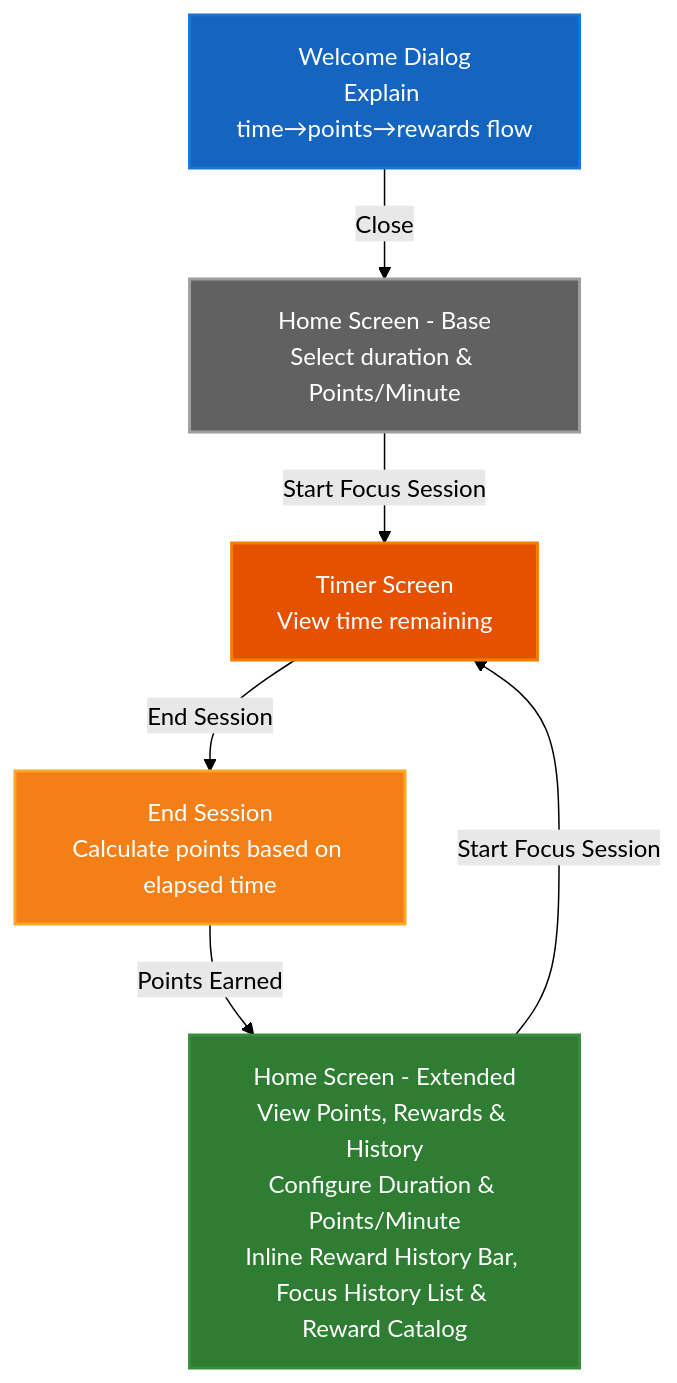
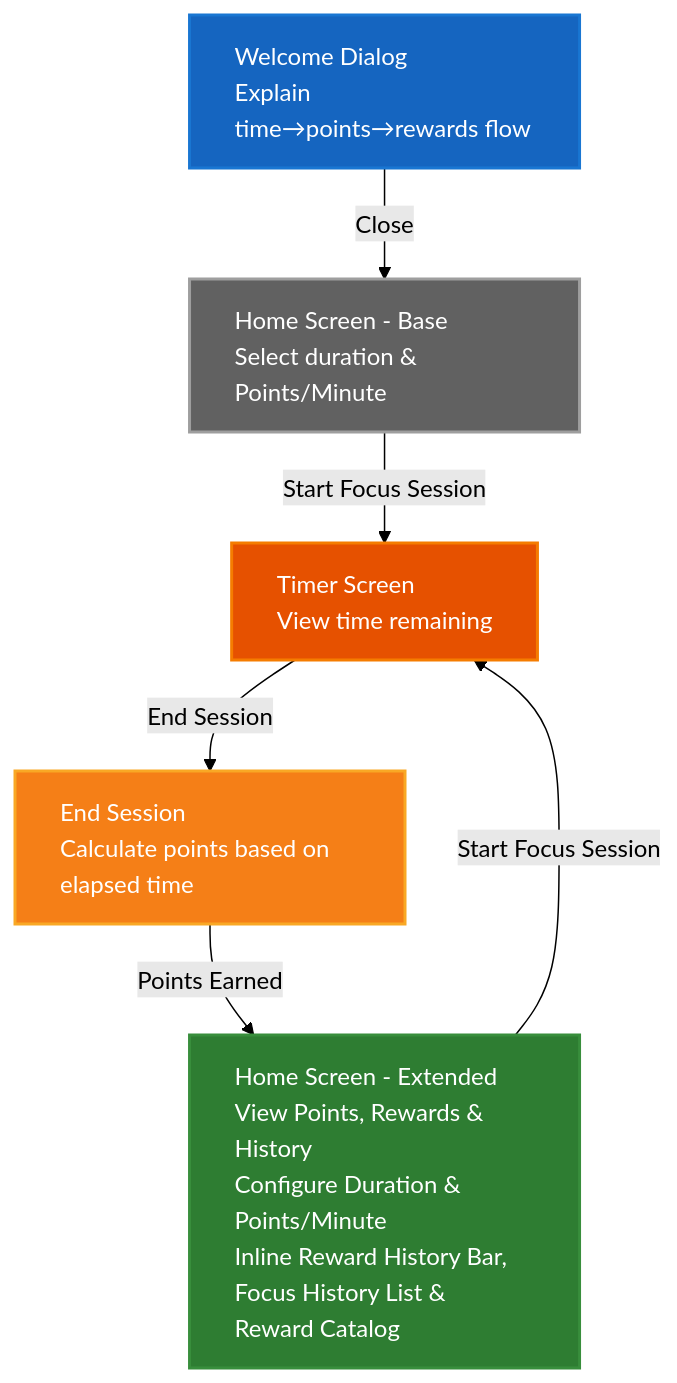
One commit to michellekli/PomoExchange changed the diagram in design.md. Above: the diagram before and after it, drawn with Mermaid (forest theme).

Commit message:
Make multi-line text easier to read in mermaid flowchart

````diff
--- a/design.md
+++ b/design.md
@@ -101,30 +101,30 @@
 ```mermaid
 flowchart TD
    %% Define styles
-   classDef welcome fill:#1565c0,stroke:#1976d2,stroke-width:2px,color:#fff
-   classDef homeBase fill:#616161,stroke:#9e9e9e,stroke-width:2px,color:#fff
-   classDef timer fill:#e65100,stroke:#f57c00,stroke-width:2px,color:#fff
-   classDef homeExtended fill:#2e7d32,stroke:#388e3c,stroke-width:2px,color:#fff
-   classDef action fill:#f57f17,stroke:#f9a825,stroke-width:2px,color:#fff
+   classDef welcome fill:#1565c0,stroke:#1976d2,stroke-width:2px,color:#fff,text-align:left
+   classDef homeBase fill:#616161,stroke:#9e9e9e,stroke-width:2px,color:#fff,text-align:left
+   classDef timer fill:#e65100,stroke:#f57c00,stroke-width:2px,color:#fff,text-align:left
+   classDef homeExtended fill:#2e7d32,stroke:#388e3c,stroke-width:2px,color:#fff,text-align:left
+   classDef action fill:#f57f17,stroke:#f9a825,stroke-width:2px,color:#fff,text-align:left
 
    %% Welcome Dialog
    Welcome[Welcome Dialog<br/>Explain time→points→rewards flow]:::welcome
    Welcome -->|Close| HomeBase
 
    %% Home Screen - Base
    HomeBase[Home Screen - Base<br/>Select duration & Points/Minute]:::homeBase
    HomeBase -->|Start Focus Session| Timer
 
    %% Timer Screen
    Timer[Timer Screen<br/>View time remaining]:::timer
    Timer -->|End Session| EndSession
 
    %% End Session
    EndSession[End Session<br/>Calculate points based on elapsed time]:::action
-    EndSession -->|Points Earned| HomeExtended
+   EndSession -->|Points Earned| HomeExtended
 
-    %% Home Screen - Extended
-    HomeExtended[Home Screen - Extended<br/>View Points, Rewards & History<br/>Configure Duration & Points/Minute<br/>Inline Reward History Bar, Focus History List & Reward Catalog]:::homeExtended
-    HomeExtended -->|Start Focus Session| Timer
+   %% Home Screen - Extended
+   HomeExtended[Home Screen - Extended<br/>View Points, Rewards & History<br/>Configure Duration & Points/Minute<br/>Inline Reward History Bar, Focus History List & Reward Catalog]:::homeExtended
+   HomeExtended -->|Start Focus Session| Timer
 
 ```
````
